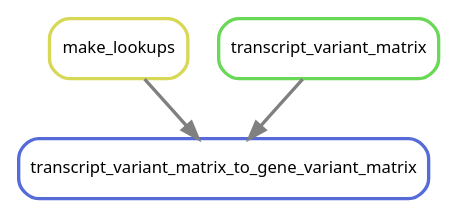
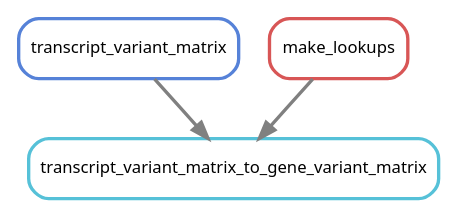
The diagram in doc/source/images/exome_variants.dot (NCBI-Hackathons/Pharmacogenomics_Prediction_Pipeline_P3), drawn with Graphviz before and after one commit. The commit also changed 27 other files, not shown here.

```diff
--- a/doc/source/images/exome_variants.dot
+++ b/doc/source/images/exome_variants.dot
@@ -1,10 +1,10 @@
 digraph snakemake_dag {
     graph[bgcolor=white, margin=0];
     node[shape=box, style=rounded, fontname=sans,                 fontsize=10, penwidth=2];
     edge[penwidth=2, color=grey];
-	0[label = "transcript_variant_matrix_to_gene_variant_matrix", color = "0.64 0.6 0.85", style="rounded"];
-	1[label = "make_lookups", color = "0.17 0.6 0.85", style="rounded"];
-	2[label = "transcript_variant_matrix", color = "0.31 0.6 0.85", style="rounded"];
+	0[label = "transcript_variant_matrix_to_gene_variant_matrix", color = "0.53 0.6 0.85", style="rounded"];
+	1[label = "transcript_variant_matrix", color = "0.61 0.6 0.85", style="rounded"];
+	2[label = "make_lookups", color = "0.00 0.6 0.85", style="rounded"];
 	1 -> 0
 	2 -> 0
 }            
```
